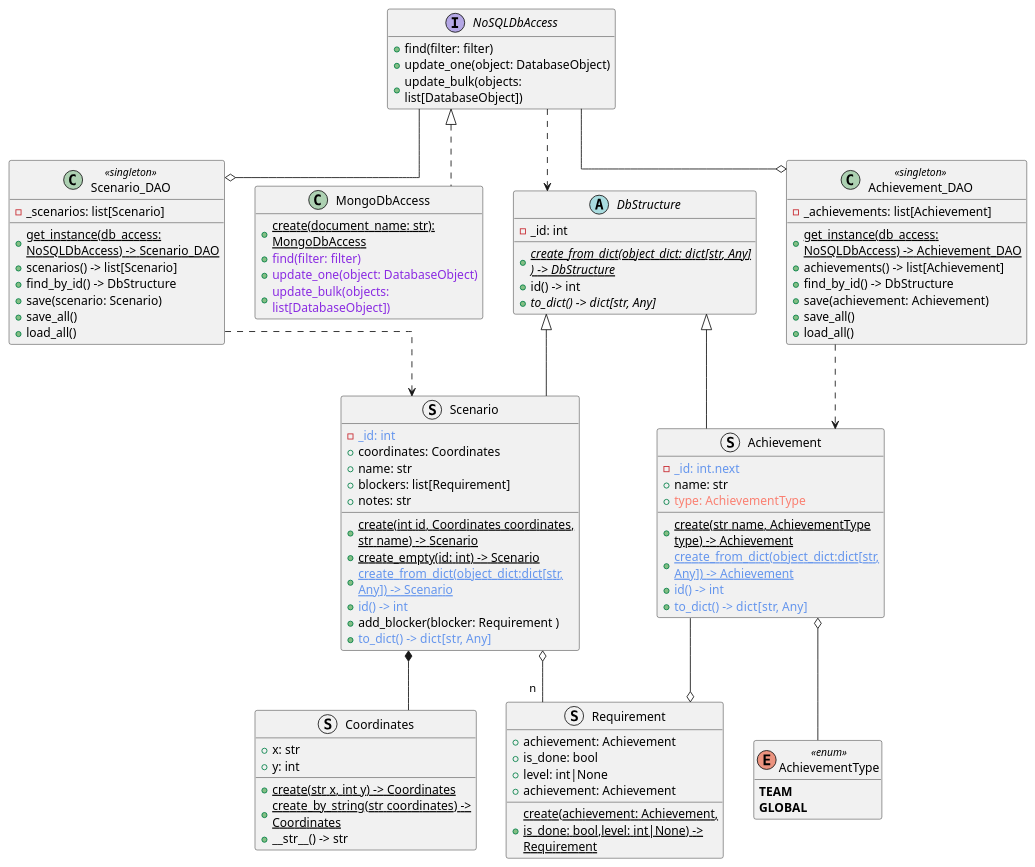
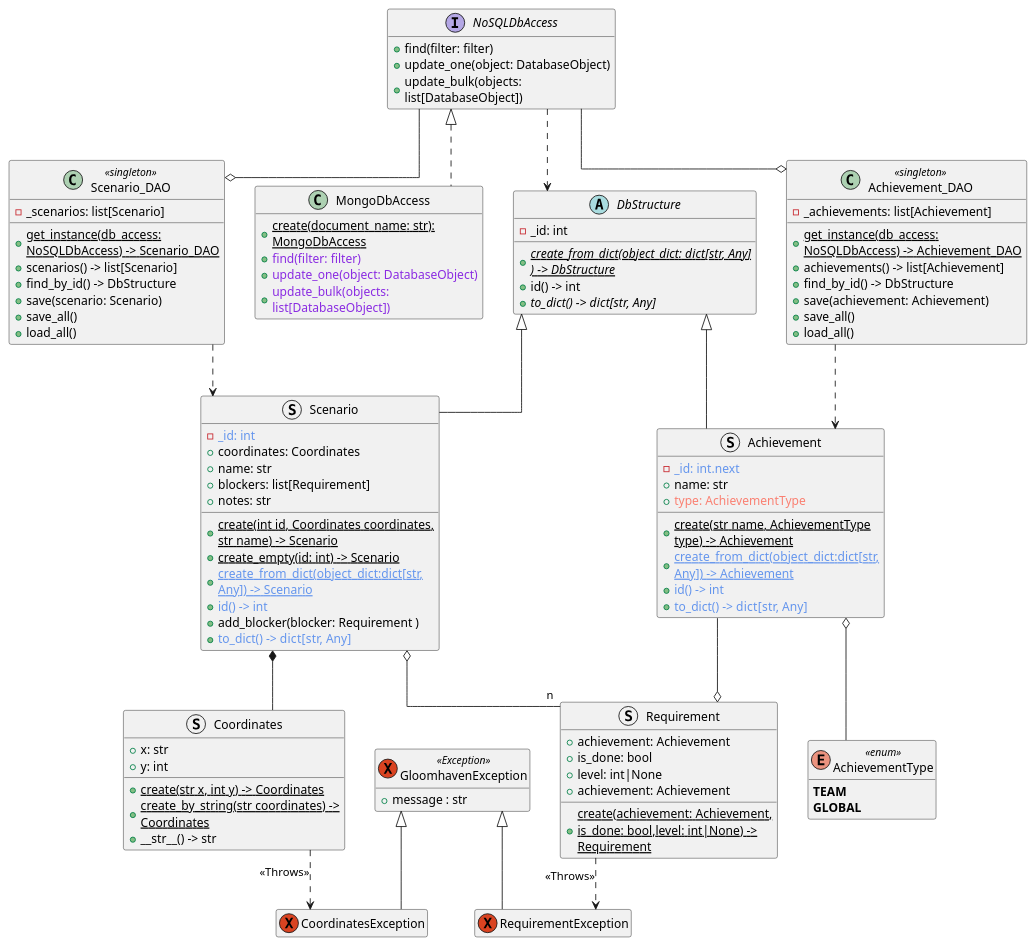
The diagram in gloomhaven_pckg.wsd (DeXo2940/gloomhavenMapMapper), drawn with PlantUML before and after one commit.

Commit message:
Add exceptions to the UML

```diff
--- a/gloomhaven_pckg.wsd
+++ b/gloomhaven_pckg.wsd
@@ -1,119 +1,129 @@
 @startuml GloomhavenUML
     hide empty members
     skinparam {
         linetype ortho
         wrapWidth 260
     }
     
     abstract DbStructure {
         -_id: int
 
         +{abstract}{static}create_from_dict(object_dict: dict[str, Any] ) -> DbStructure 
         +id() -> int
         +{abstract}to_dict() -> dict[str, Any]
     }
 
     struct Scenario extends DbStructure{
         -<color:#CornflowerBlue>_id: int
         +coordinates: Coordinates
         +name: str 
         +blockers: list[Requirement]
         +notes: str
 
         +{static}create(int id, Coordinates coordinates, str name) -> Scenario
         +{static}create_empty(id: int) -> Scenario
         +<color:#CornflowerBlue>{static}create_from_dict(object_dict:dict[str, Any]) -> Scenario
         +<color:#CornflowerBlue>id() -> int 
         +add_blocker(blocker: Requirement )
         +<color:#CornflowerBlue>to_dict() -> dict[str, Any]
     } 
 
     struct Coordinates {
         +x: str
         +y: int
 
         +{static}create(str x, int y) -> Coordinates
         +{static}create_by_string(str coordinates) -> Coordinates
         +__str__() -> str
     }
 
     struct Requirement  {
         ' -<color:#Red>_id: int
         +achievement: Achievement 
         +is_done: bool 
         +level: int|None 
         +achievement: Achievement
 
         +{static}create(achievement: Achievement, is_done: bool,level: int|None) -> Requirement
         ' +<color:#Red>id() -> int
         ' +<color:#CornflowerBlue>to_dict() -> dict[str, Any]
     }
 
     struct Achievement extends DbStructure{
         -<color:#CornflowerBlue>_id: int.next
         +name: str
         +<color:#Salmon>type: AchievementType
 
         +{static}create(str name, AchievementType type) -> Achievement
         +<color:#CornflowerBlue>{static}create_from_dict(object_dict:dict[str, Any]) -> Achievement
         +<color:#CornflowerBlue>id() -> int
         +<color:#CornflowerBlue>to_dict() -> dict[str, Any]
     }
         
     Enum AchievementType <<enum>> {
         **TEAM**
         **GLOBAL**
     }
 
     interface NoSQLDbAccess{
         +find(filter: filter)
         +update_one(object: DatabaseObject)
         +update_bulk(objects: list[DatabaseObject])
     }
 
     class MongoDbAccess implements NoSQLDbAccess{
         +{static}create(document_name: str): MongoDbAccess
         +<color:#BlueViolet>find(filter: filter)
         +<color:#BlueViolet>update_one(object: DatabaseObject)
         +<color:#BlueViolet>update_bulk(objects: list[DatabaseObject])
     }
 
     class Scenario_DAO <<singleton>> {
         -_scenarios: list[Scenario]
         
         +{static}get_instance(db_access: NoSQLDbAccess) -> Scenario_DAO
         +scenarios() -> list[Scenario]
         +find_by_id() -> DbStructure
         +save(scenario: Scenario)
         +save_all()
         +load_all()
     }
 
     class Achievement_DAO <<singleton>> {
         -_achievements: list[Achievement]
         
         +{static}get_instance(db_access: NoSQLDbAccess) -> Achievement_DAO
         +achievements() -> list[Achievement]
         +find_by_id() -> DbStructure
         +save(achievement: Achievement)
         +save_all()
         +load_all()
     }
-   
+    
+
+    exception GloomhavenException <<Exception>>{
+        +message : str
+    }
+    exception CoordinatesException extends GloomhavenException
+    exception RequirementException extends GloomhavenException
+    
     'Dependency
     NoSQLDbAccess ..> DbStructure
        
     Achievement_DAO ..> Achievement
     Scenario_DAO ..> Scenario
+
+    Requirement ..> RequirementException : <<Throws>>
+    Coordinates ..> CoordinatesException : <<Throws>>
 
     NoSQLDbAccess --o Scenario_DAO
     NoSQLDbAccess --o Achievement_DAO
 
     Achievement o-- AchievementType
 
     Scenario *-- Coordinates
 
     Scenario  o-- "n" Requirement
     Achievement --o Requirement
 
 @enduml
```
